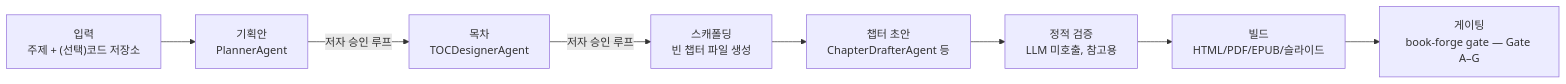
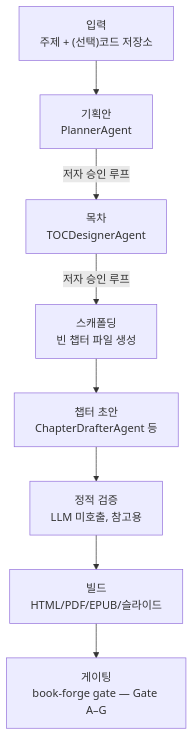
The first of 5 diagrams in Book/00_Book_forge_둘러보기.md (bullpeng72/Book-forge), drawn with Mermaid before and after one commit. The commit also changed other lines of this file and 41 other files, not shown here.

````diff
--- a/Book/00_Book_forge_둘러보기.md
+++ b/Book/00_Book_forge_둘러보기.md
@@ -26,10 +26,10 @@
 ```mermaid
-flowchart LR
+flowchart TD
     IN["입력<br/>주제 + (선택)코드 저장소"] --> PL["기획안<br/>PlannerAgent"]
     PL -->|"저자 승인 루프"| TOC["목차<br/>TOCDesignerAgent"]
     TOC -->|"저자 승인 루프"| SC["스캐폴딩<br/>빈 챕터 파일 생성"]
     SC --> DR["챕터 초안<br/>ChapterDrafterAgent 등"]
     DR --> ST["정적 검증<br/>LLM 미호출, 참고용"]
     ST --> BU["빌드<br/>HTML/PDF/EPUB/슬라이드"]
     BU --> GA["게이팅<br/>book-forge gate — Gate A–G"]
 ```
````
